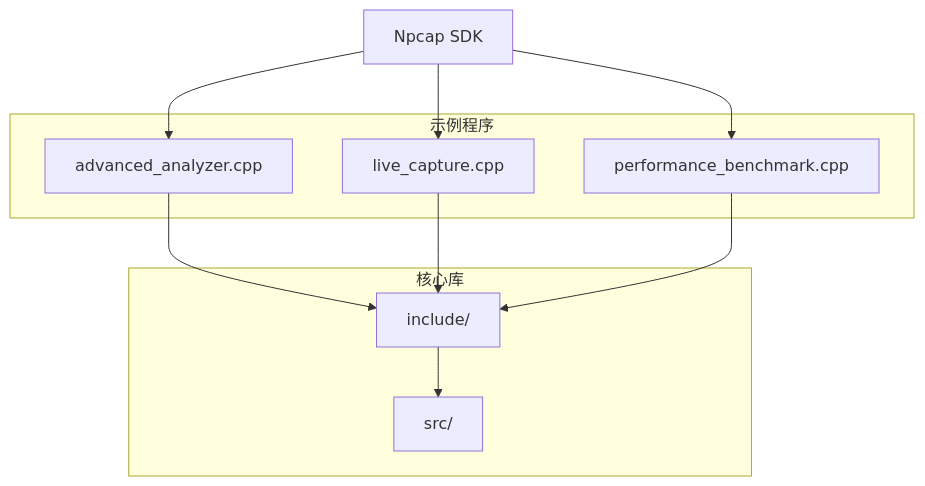
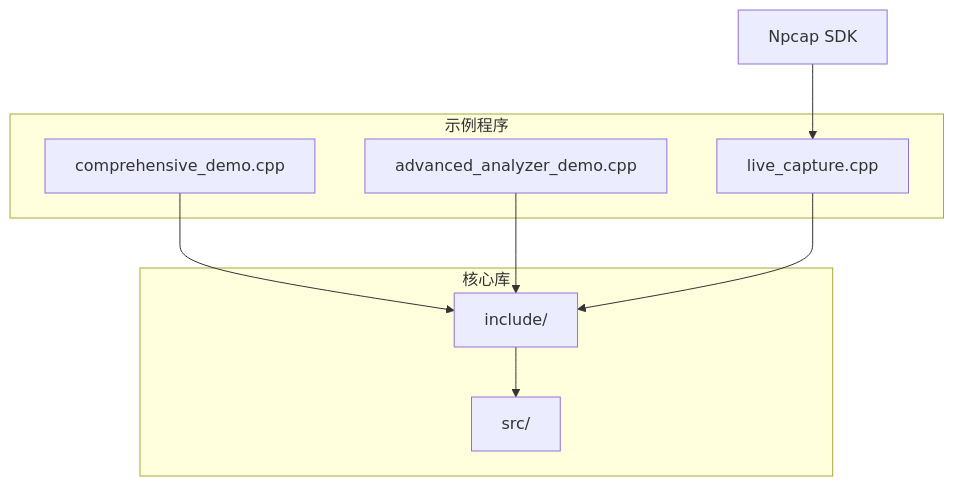
The first of 7 diagrams in .qoder/repowiki/zh/content/示例程序详解/示例程序详解.md (jie-798/protocol-parser), drawn with Mermaid before and after one commit. The commit also changed other lines of this file and 31 other files, not shown here.

````diff
--- a/.qoder/repowiki/zh/content/示例程序详解/示例程序详解.md
+++ b/.qoder/repowiki/zh/content/示例程序详解/示例程序详解.md
@@ -32,19 +43,17 @@
 ```mermaid
 graph TB
 subgraph "示例程序"
-A[advanced_analyzer.cpp]
-B[live_capture.cpp]
-C[performance_benchmark.cpp]
+A[comprehensive_demo.cpp]
+B[advanced_analyzer_demo.cpp]
+C[live_capture.cpp]
 end
 subgraph "核心库"
 D[include/]
 E[src/]
 end
 A --> D
 B --> D
 C --> D
 D --> E
-F[Npcap SDK] --> A
-F --> B
-F --> C
+F[Npcap SDK] --> C
 ```
````
